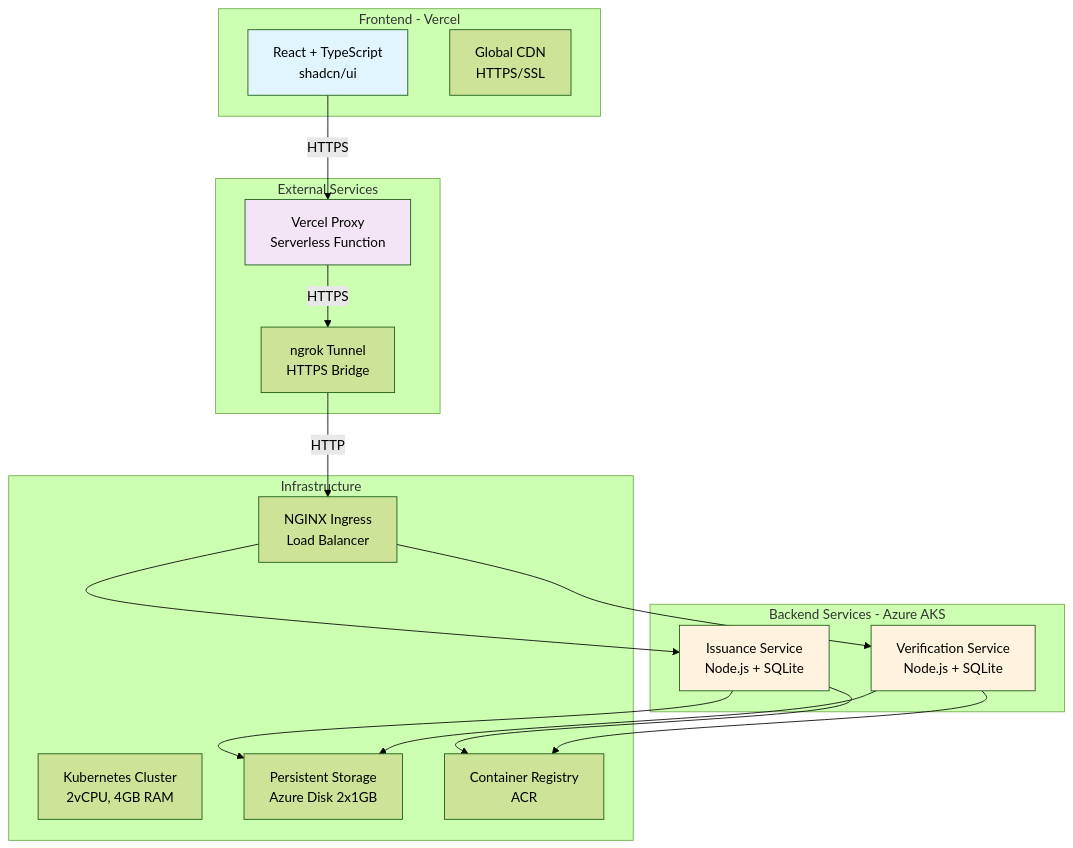
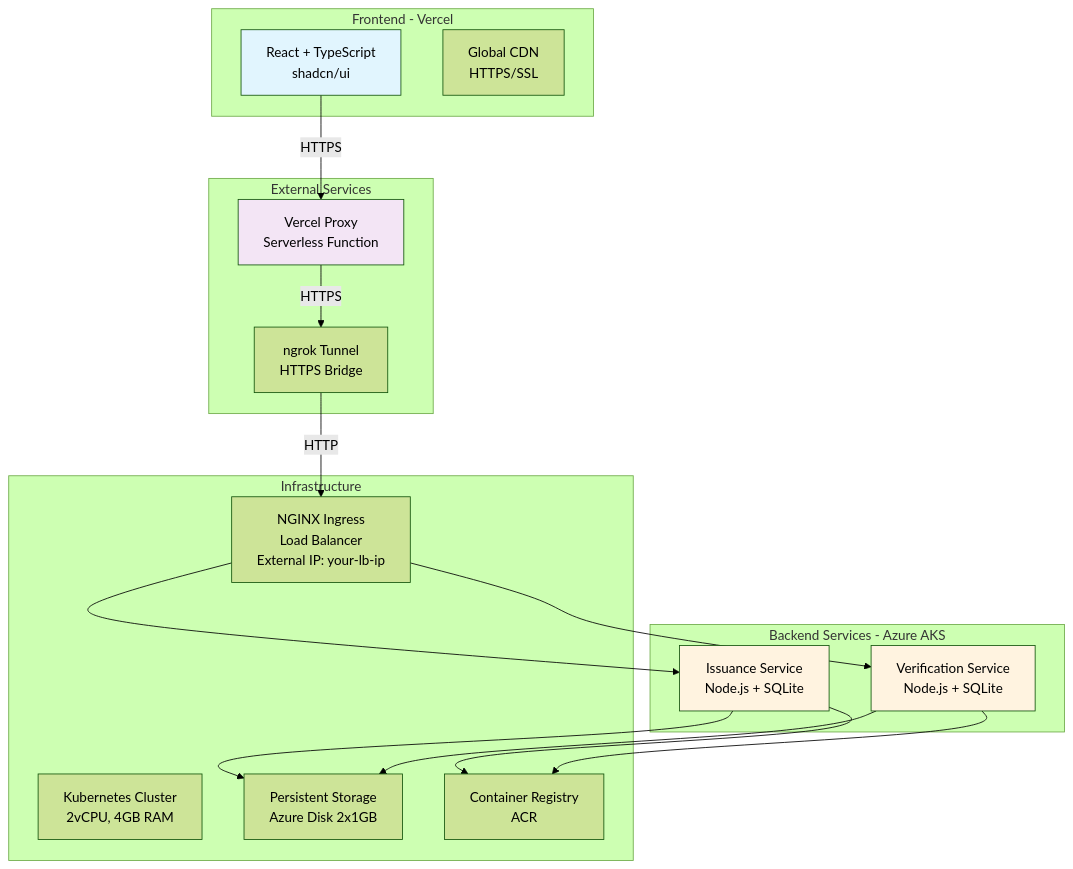
The diagram in README.md (Souravbudke/kube-credential), drawn with Mermaid (forest theme) before and after one commit. The commit also changed other lines of this file and 2 other files, not shown here.

````diff
--- a/README.md
+++ b/README.md
@@ -39,39 +38,39 @@
 ```mermaid
 graph TB
     subgraph "Frontend - Vercel"
         A[React + TypeScript<br/>shadcn/ui]
         A1[Global CDN<br/>HTTPS/SSL]
     end
 
     subgraph "Backend Services - Azure AKS"
         B[Issuance Service<br/>Node.js + SQLite]
         C[Verification Service<br/>Node.js + SQLite]
     end
 
     subgraph "Infrastructure"
         D[Kubernetes Cluster<br/>2vCPU, 4GB RAM]
-        E[NGINX Ingress<br/>Load Balancer]
+        E[NGINX Ingress<br/>Load Balancer<br/>External IP: your-lb-ip]
         F[Persistent Storage<br/>Azure Disk 2x1GB]
         G[Container Registry<br/>ACR]
     end
 
     subgraph "External Services"
         H[Vercel Proxy<br/>Serverless Function]
         I[ngrok Tunnel<br/>HTTPS Bridge]
     end
 
     A -->|HTTPS| H
     H -->|HTTPS| I
     I -->|HTTP| E
     E --> B
     E --> C
     B --> F
     C --> F
     B --> G
     C --> G
 
     style A fill:#e1f5fe,color:#000
     style B fill:#fff3e0,color:#000
     style C fill:#fff3e0,color:#000
     style H fill:#f3e5f5,color:#000
 ```
````
